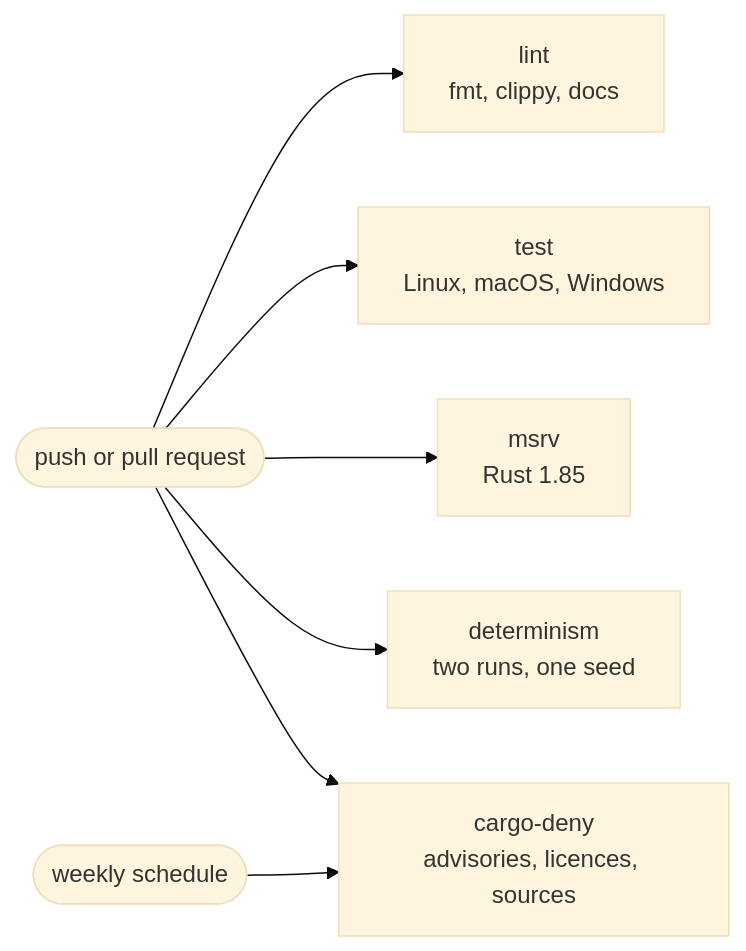
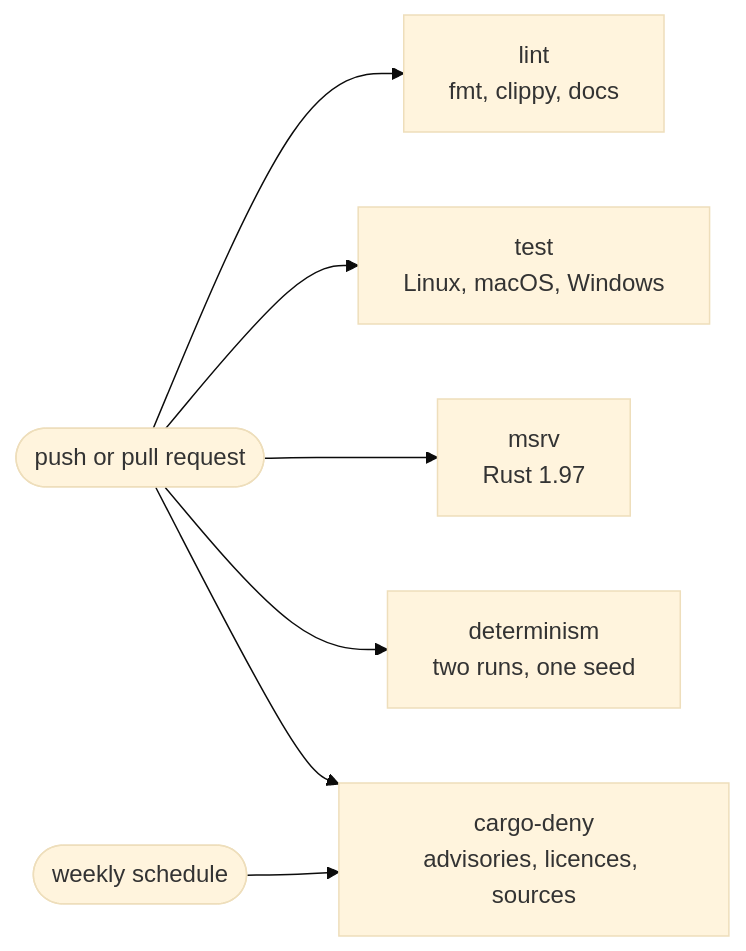
The second of 3 diagrams in README.md (ngodzik/cellweave), drawn with Mermaid (base theme) before and after one commit. The commit also changed other lines of this file and 13 other files, not shown here.

````diff
--- a/README.md
+++ b/README.md
@@ -111,12 +111,12 @@
 ```mermaid
 flowchart LR
     push(["push or pull request"])
     cron(["weekly schedule"])
 
     push --> lint["lint<br/>fmt, clippy, docs"]
     push --> test["test<br/>Linux, macOS, Windows"]
-    push --> msrv["msrv<br/>Rust 1.85"]
+    push --> msrv["msrv<br/>Rust 1.97"]
     push --> det["determinism<br/>two runs, one seed"]
     push --> deny["cargo-deny<br/>advisories, licences, sources"]
     cron --> deny
 ```
````
